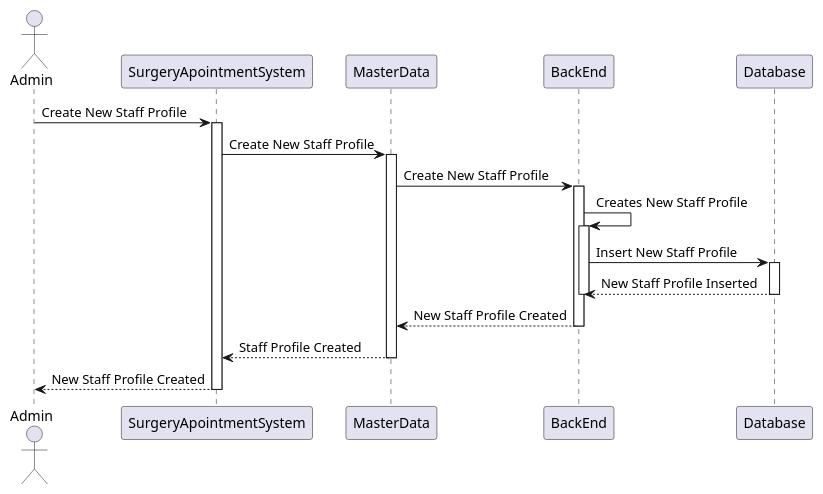
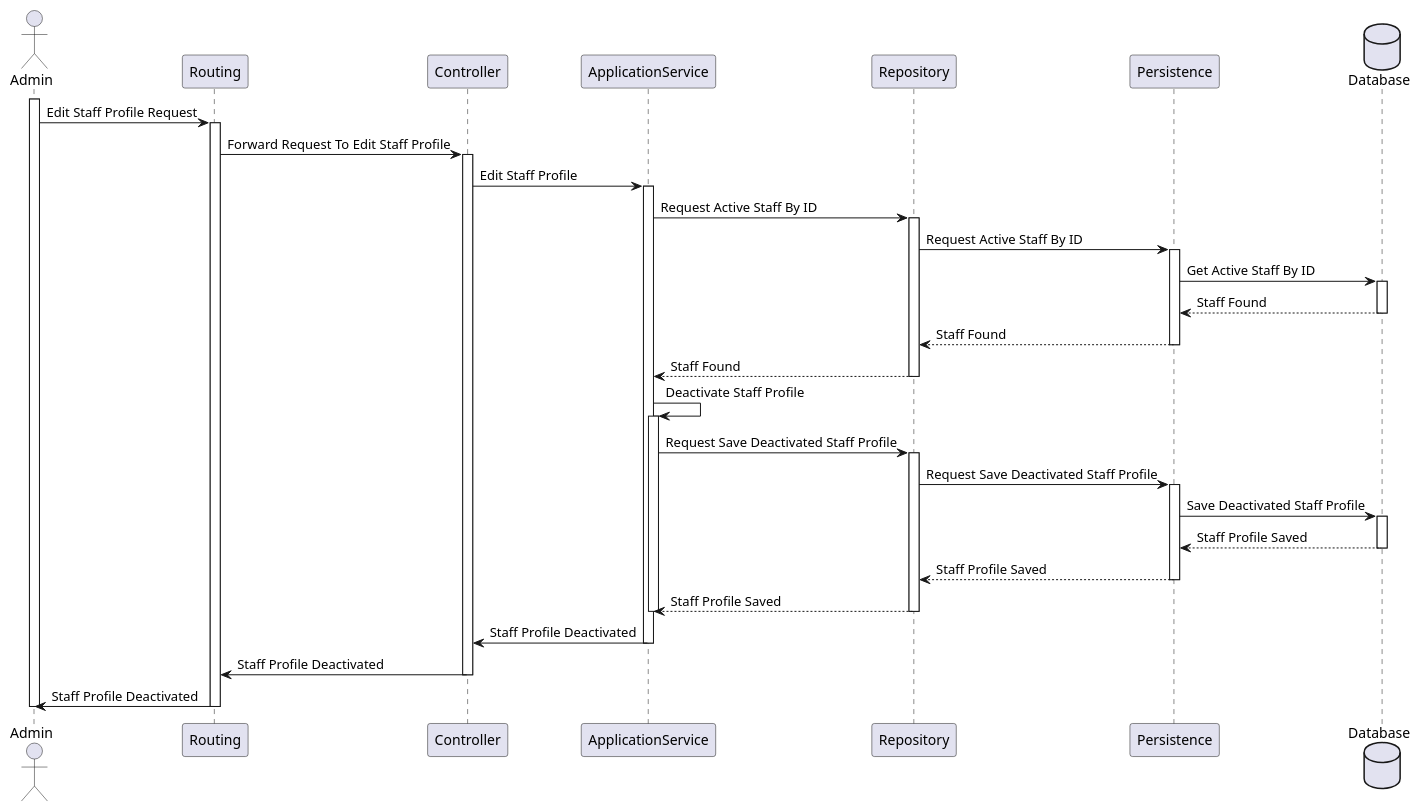
The diagram in docs/Sprint 1/US 5.1.14/SequenceDiagram/Level3/SequenceDiagram.puml (MateusCabral2004/sem5pi), drawn with PlantUML before and after one commit. The commit also changed 2 other files, not shown here.

Commit message:
#14 SequenceDiagram Level1,2,3

```diff
--- a/docs/Sprint 1/US 5.1.14/SequenceDiagram/Level3/SequenceDiagram.puml
+++ b/docs/Sprint 1/US 5.1.14/SequenceDiagram/Level3/SequenceDiagram.puml
@@ -1,38 +1,73 @@
 @startuml
 actor Admin
-participant SurgeryApointmentSystem
-participant MasterData
-participant BackEnd
-participant Database
+participant Routing
+participant Controller
+participant ApplicationService
+participant Repository
+participant Persistence
+database Database
 
-Admin -> SurgeryApointmentSystem : Create New Staff Profile
-activate SurgeryApointmentSystem
+activate Admin
 
-SurgeryApointmentSystem -> MasterData : Create New Staff Profile
-activate MasterData
+Admin -> Routing: Edit Staff Profile Request
+activate Routing
 
-MasterData -> BackEnd : Create New Staff Profile
-activate BackEnd
+Routing -> Controller: Forward Request To Edit Staff Profile
+activate Controller
 
-BackEnd -> BackEnd : Creates New Staff Profile
-activate BackEnd
+Controller -> ApplicationService: Edit Staff Profile
+activate ApplicationService
 
-BackEnd -> Database : Insert New Staff Profile
+ApplicationService -> Repository: Request Active Staff By ID
+activate Repository
+
+Repository -> Persistence: Request Active Staff By ID
+activate Persistence
+
+Persistence -> Database: Get Active Staff By ID
 activate Database
 
-Database --> BackEnd : New Staff Profile Inserted
+Database --> Persistence: Staff Found
 deactivate Database
 
-deactivate BackEnd
+Persistence --> Repository: Staff Found
+deactivate Persistence
 
-BackEnd --> MasterData : New Staff Profile Created
+Repository --> ApplicationService: Staff Found
+deactivate Repository
 
-deactivate BackEnd
+ApplicationService -> ApplicationService: Deactivate Staff Profile
+activate ApplicationService
 
-MasterData --> SurgeryApointmentSystem : Staff Profile Created
-deactivate MasterData
+ApplicationService -> Repository: Request Save Deactivated Staff Profile
+activate Repository
 
-SurgeryApointmentSystem --> Admin : New Staff Profile Created
-deactivate SurgeryApointmentSystem
+Repository -> Persistence: Request Save Deactivated Staff Profile
+activate Persistence
+
+Persistence -> Database: Save Deactivated Staff Profile
+activate Database
+
+Database --> Persistence: Staff Profile Saved
+deactivate Database
+
+Persistence --> Repository: Staff Profile Saved
+deactivate Persistence
+
+Repository --> ApplicationService: Staff Profile Saved
+deactivate Repository
+deactivate ApplicationService
+
+ApplicationService -> Controller: Staff Profile Deactivated
+deactivate ApplicationService
+
+Controller -> Routing: Staff Profile Deactivated
+deactivate Controller
+
+Routing -> Admin: Staff Profile Deactivated
+deactivate Routing
+
+deactivate Admin
+
 
 @enduml
```
